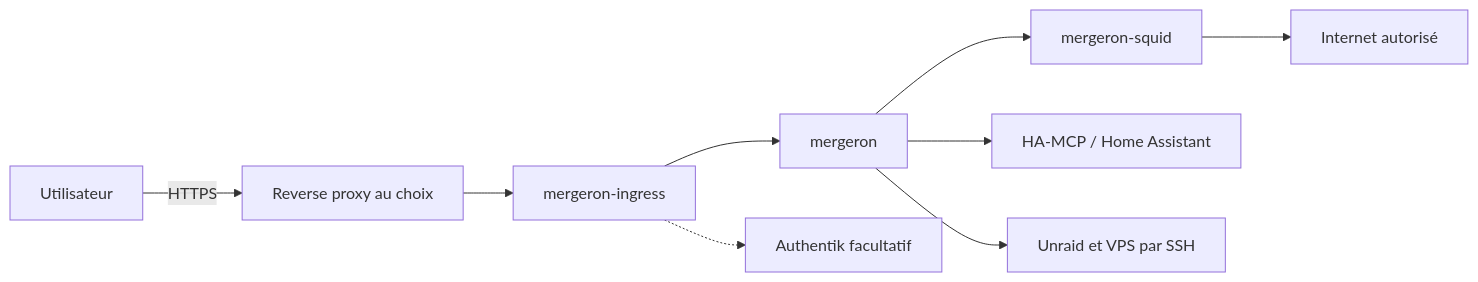
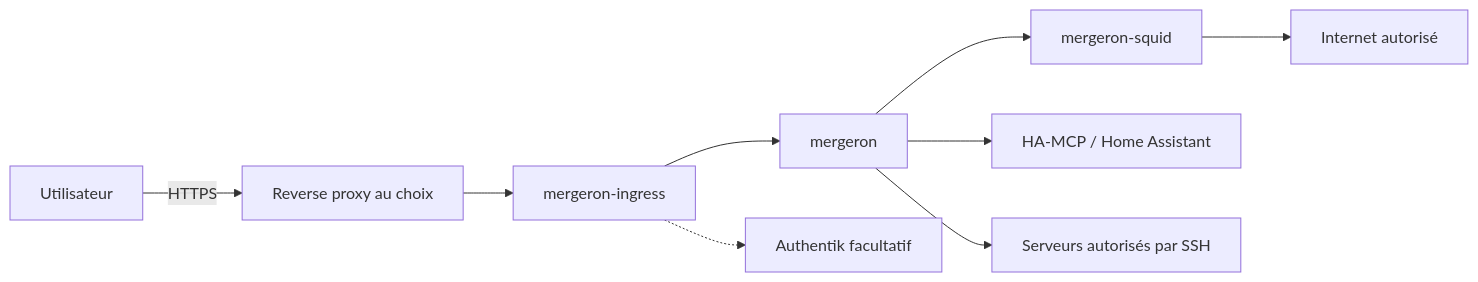
One commit to maxhugit/mergeron changed the diagram in README.md. Above: the diagram before and after it, drawn with Mermaid. The commit also changed other lines of this file and 51 other files, not shown here.

````diff
--- a/README.md
+++ b/README.md
@@ -51,11 +51,11 @@
 ```mermaid
 flowchart LR
     U[Utilisateur] -->|HTTPS| T[Reverse proxy au choix]
     T --> N[mergeron-ingress]
     N --> C[mergeron]
     N -.-> A[Authentik facultatif]
     C --> S[mergeron-squid]
     S --> I[Internet autorisé]
     C --> H[HA-MCP / Home Assistant]
-    C --> X[Unraid et VPS par SSH]
+    C --> X[Serveurs autorisés par SSH]
 ```
````
